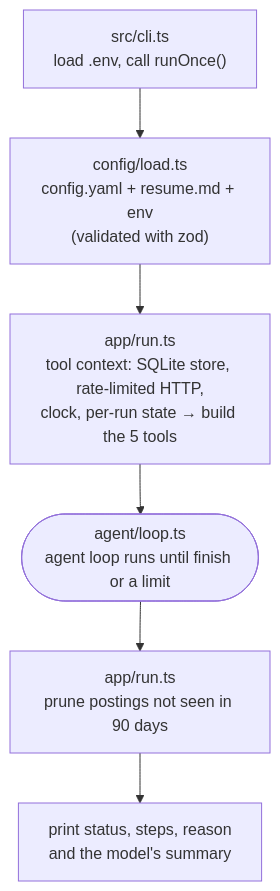
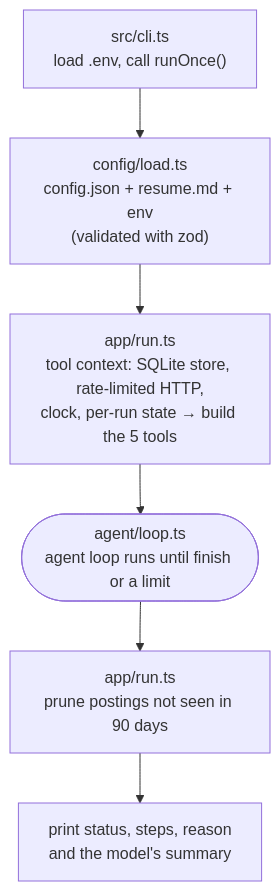
Before and after one commit to risingfish/myjobbot: the first of 7 diagrams in README.md, drawn with Mermaid. The commit also changed other lines of this file and 11 other files, not shown here.

Commit message:
Read config.json instead of config.yaml

````diff
--- a/README.md
+++ b/README.md
@@ -92,9 +92,9 @@
 ```mermaid
 flowchart TD
     CLI["src/cli.ts<br/>load .env, call runOnce()"] --> CFG
-    CFG["config/load.ts<br/>config.yaml + resume.md + env<br/>(validated with zod)"] --> CTX
+    CFG["config/load.ts<br/>config.json + resume.md + env<br/>(validated with zod)"] --> CTX
     CTX["app/run.ts<br/>tool context: SQLite store, rate-limited HTTP,<br/>clock, per-run state → build the 5 tools"] --> LOOP
     LOOP(["agent/loop.ts<br/>agent loop runs until finish or a limit"]) --> PRUNE
     PRUNE["app/run.ts<br/>prune postings not seen in 90 days"] --> OUT
     OUT["print status, steps, reason<br/>and the model's summary"]
 ```
````
